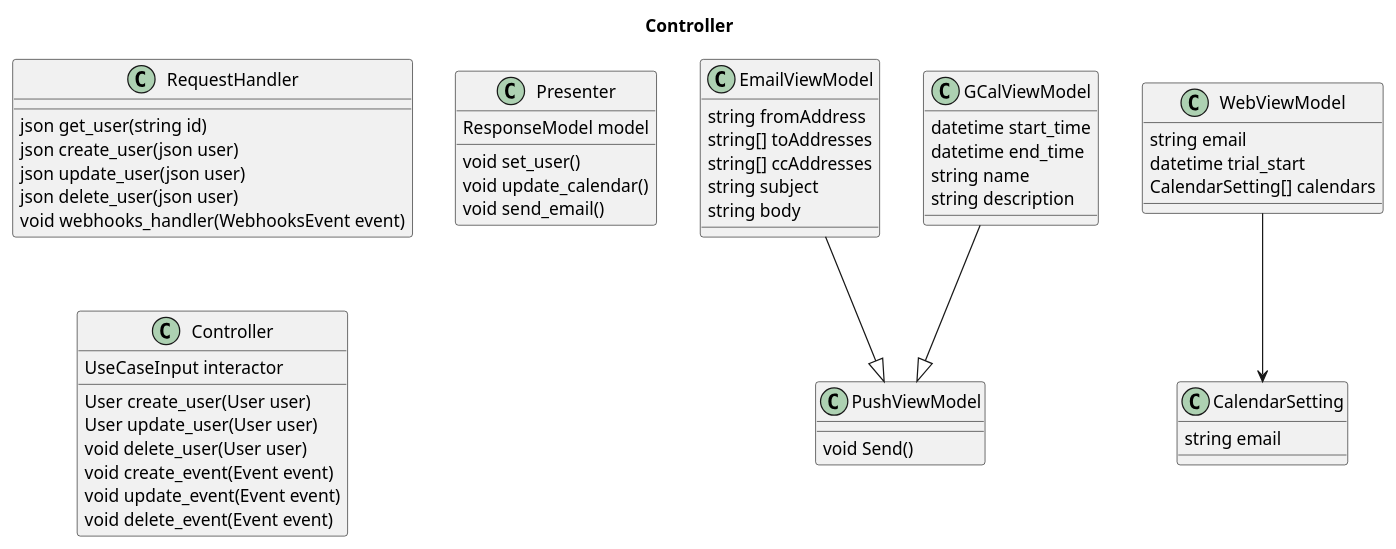
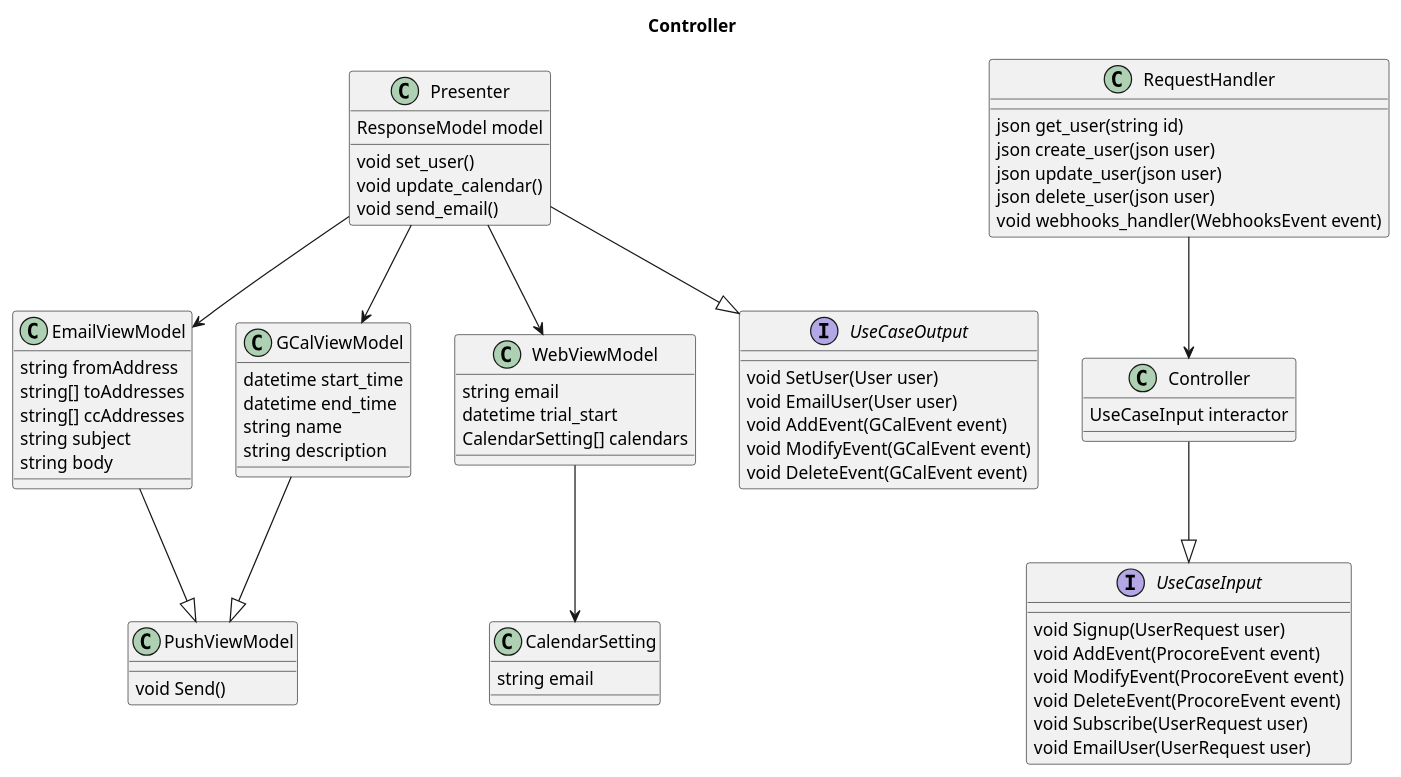
Before and after one commit to adhurjaty/procore-gcal: the diagram in diagrams/controller.wsd, drawn with PlantUML.

Commit message:
controller planning more, tho

```diff
--- a/diagrams/controller.wsd
+++ b/diagrams/controller.wsd
@@ -1,63 +1,79 @@
 @startuml
 title Controller
 
 class PushViewModel {
     void Send()
 }
 
 class EmailViewModel {
     string fromAddress
     string[] toAddresses
     string[] ccAddresses
     string subject
     string body
 }
 
 class CalendarSetting {
     string email
 }
 
 class WebViewModel {
     string email
     datetime trial_start
     CalendarSetting[] calendars
-
 }
 
 class GCalViewModel {
     datetime start_time
     datetime end_time
     string name
     string description
 }
 
 class RequestHandler {
     json get_user(string id)
     json create_user(json user)
     json update_user(json user)
     json delete_user(json user)
     void webhooks_handler(WebhooksEvent event)
 }
 
 class Presenter {
     ResponseModel model
     void set_user()
     void update_calendar()
     void send_email()
 }
 
 class Controller {
     UseCaseInput interactor
-    User create_user(User user)
-    User update_user(User user)
-    void delete_user(User user)
-    void create_event(Event event)
-    void update_event(Event event)
-    void delete_event(Event event)
+}
+
+interface UseCaseInput {
+    void Signup(UserRequest user)
+    void AddEvent(ProcoreEvent event)
+    void ModifyEvent(ProcoreEvent event)
+    void DeleteEvent(ProcoreEvent event)
+    void Subscribe(UserRequest user)
+    void EmailUser(UserRequest user)
+}
+
+interface UseCaseOutput {
+    void SetUser(User user)
+    void EmailUser(User user)
+    void AddEvent(GCalEvent event)
+    void ModifyEvent(GCalEvent event)
+    void DeleteEvent(GCalEvent event)
 }
 
 WebViewModel --> CalendarSetting
 GCalViewModel --|> PushViewModel
 EmailViewModel --|> PushViewModel
+Presenter --> EmailViewModel
+Presenter --> GCalViewModel
+Presenter --> WebViewModel
+RequestHandler --> Controller
+Controller --|> UseCaseInput
+Presenter --|> UseCaseOutput
 
 @enduml
```
